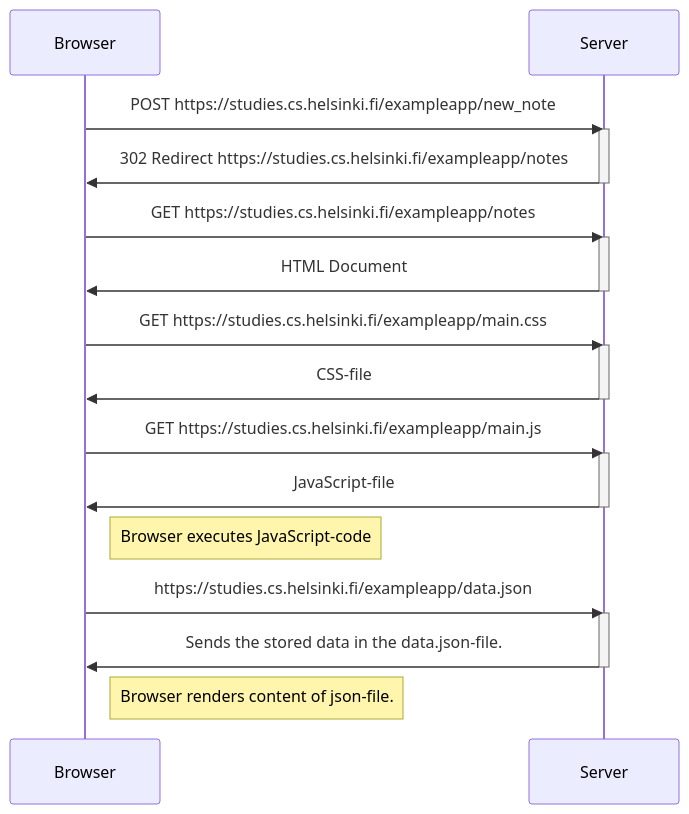
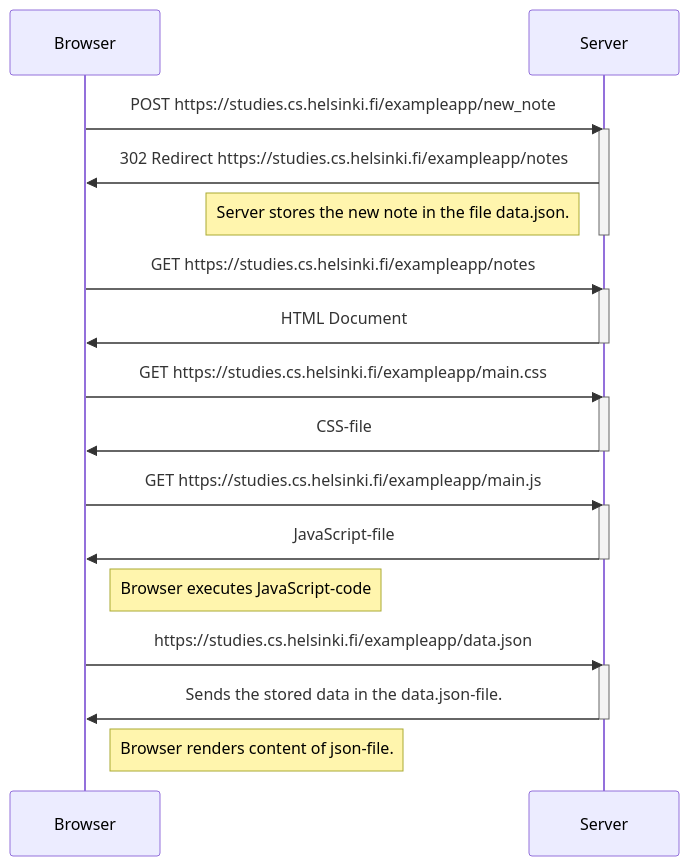
Before and after one commit to DennisJosefsson/FullStackOpen: the diagram in part0/04.md, drawn with Mermaid.

````diff
--- a/part0/04.md
+++ b/part0/04.md
@@ -1,27 +1,28 @@
 ```mermaid
 sequenceDiagram
     participant Browser
     participant Server
     Browser->>Server: POST https://studies.cs.helsinki.fi/exampleapp/new_note
     activate Server
     Server->>Browser: 302 Redirect https://studies.cs.helsinki.fi/exampleapp/notes
+    Note left of Server: Server stores the new note in the file data.json.
     deactivate Server
     Browser->>Server: GET https://studies.cs.helsinki.fi/exampleapp/notes
     activate Server
     Server->>Browser: HTML Document
     deactivate Server
     Browser->>Server: GET https://studies.cs.helsinki.fi/exampleapp/main.css
     activate Server
     Server->>Browser: CSS-file
     deactivate Server
     Browser->>Server: GET https://studies.cs.helsinki.fi/exampleapp/main.js
     activate Server
     Server->>Browser: JavaScript-file
     deactivate Server
     Note right of Browser: Browser executes JavaScript-code
     Browser->>Server: https://studies.cs.helsinki.fi/exampleapp/data.json
     activate Server
     Server->>Browser: Sends the stored data in the data.json-file.
     deactivate Server
     Note right of Browser: Browser renders content of json-file.
 ```
````
